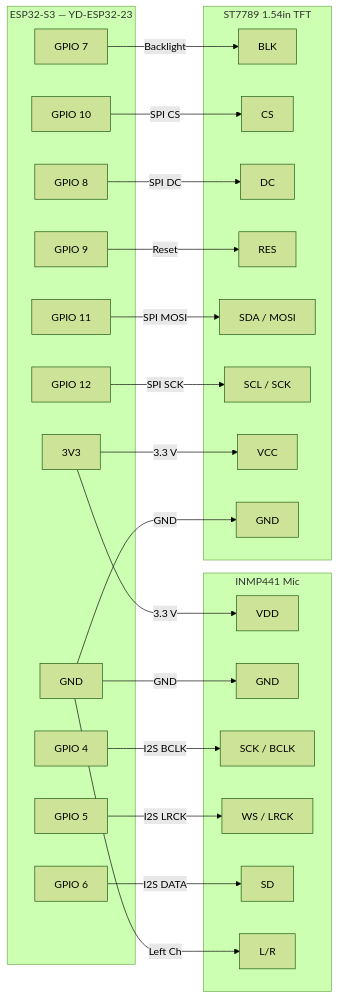
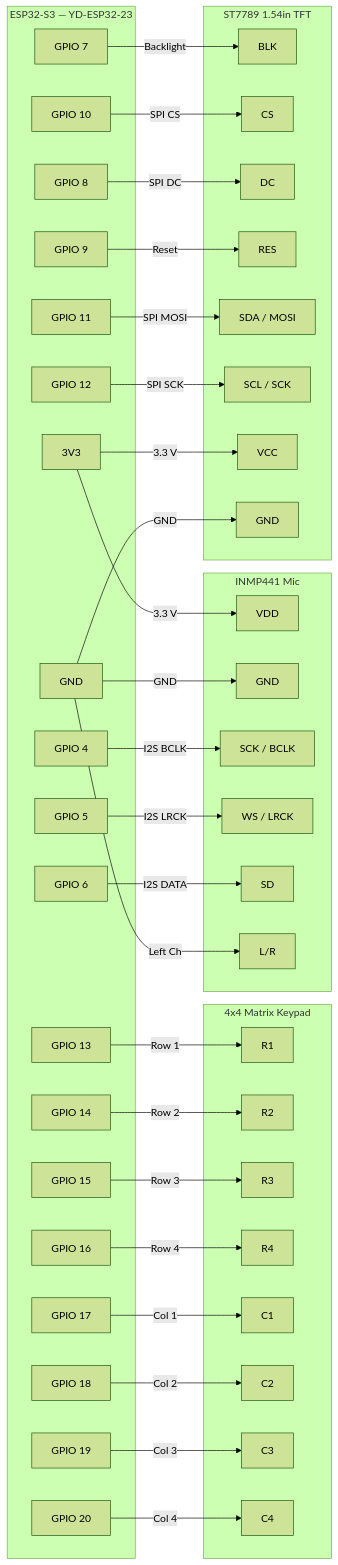
One commit to raynardj/wizardoz changed the first of 3 diagrams in src/README.md. Above: the diagram before and after it, drawn with Mermaid (forest theme). The commit also changed other lines of this file and 22 other files, not shown here.

````diff
--- a/src/README.md
+++ b/src/README.md
@@ -9,52 +11,80 @@
 ```mermaid
 graph LR
     subgraph ESP32_S3 ["ESP32-S3 — YD-ESP32-23"]
         P3V3["3V3"]
         PGND["GND"]
         G4["GPIO 4"]
         G5["GPIO 5"]
         G6["GPIO 6"]
         G7["GPIO 7"]
         G8["GPIO 8"]
         G9["GPIO 9"]
         G10["GPIO 10"]
         G11["GPIO 11"]
         G12["GPIO 12"]
+        G13["GPIO 13"]
+        G14["GPIO 14"]
+        G15["GPIO 15"]
+        G16["GPIO 16"]
+        G17["GPIO 17"]
+        G18["GPIO 18"]
+        G19["GPIO 19"]
+        G20["GPIO 20"]
+    end
+
+    subgraph Keypad ["4x4 Matrix Keypad"]
+        R1["R1"]
+        R2["R2"]
+        R3["R3"]
+        R4["R4"]
+        C1["C1"]
+        C2["C2"]
+        C3["C3"]
+        C4["C4"]
     end
 
     subgraph INMP441 ["INMP441 Mic"]
         VDD["VDD"]
         MGND["GND"]
         SCK["SCK / BCLK"]
         WS["WS / LRCK"]
         SD["SD"]
         LR["L/R"]
     end
 
     subgraph ST7789 ["ST7789 1.54in TFT"]
         BLK["BLK"]
         CS["CS"]
         DC["DC"]
         RES["RES"]
         MOSI["SDA / MOSI"]
         TSCK["SCL / SCK"]
         VCC["VCC"]
         LGND["GND"]
     end
 
+    G13 -->|"Row 1"| R1
+    G14 -->|"Row 2"| R2
+    G15 -->|"Row 3"| R3
+    G16 -->|"Row 4"| R4
+    G17 -->|"Col 1"| C1
+    G18 -->|"Col 2"| C2
+    G19 -->|"Col 3"| C3
+    G20 -->|"Col 4"| C4
+
     P3V3 -->|"3.3 V"| VDD
     PGND -->|"GND"| MGND
     G4 -->|"I2S BCLK"| SCK
     G5 -->|"I2S LRCK"| WS
     G6 -->|"I2S DATA"| SD
     PGND -->|"Left Ch"| LR
 
     G7  -->|"Backlight"| BLK
     G10 -->|"SPI CS"| CS
     G8  -->|"SPI DC"| DC
     G9  -->|"Reset"| RES
     G11 -->|"SPI MOSI"| MOSI
     G12 -->|"SPI SCK"| TSCK
     P3V3 -->|"3.3 V"| VCC
     PGND -->|"GND"| LGND
 ```
````
